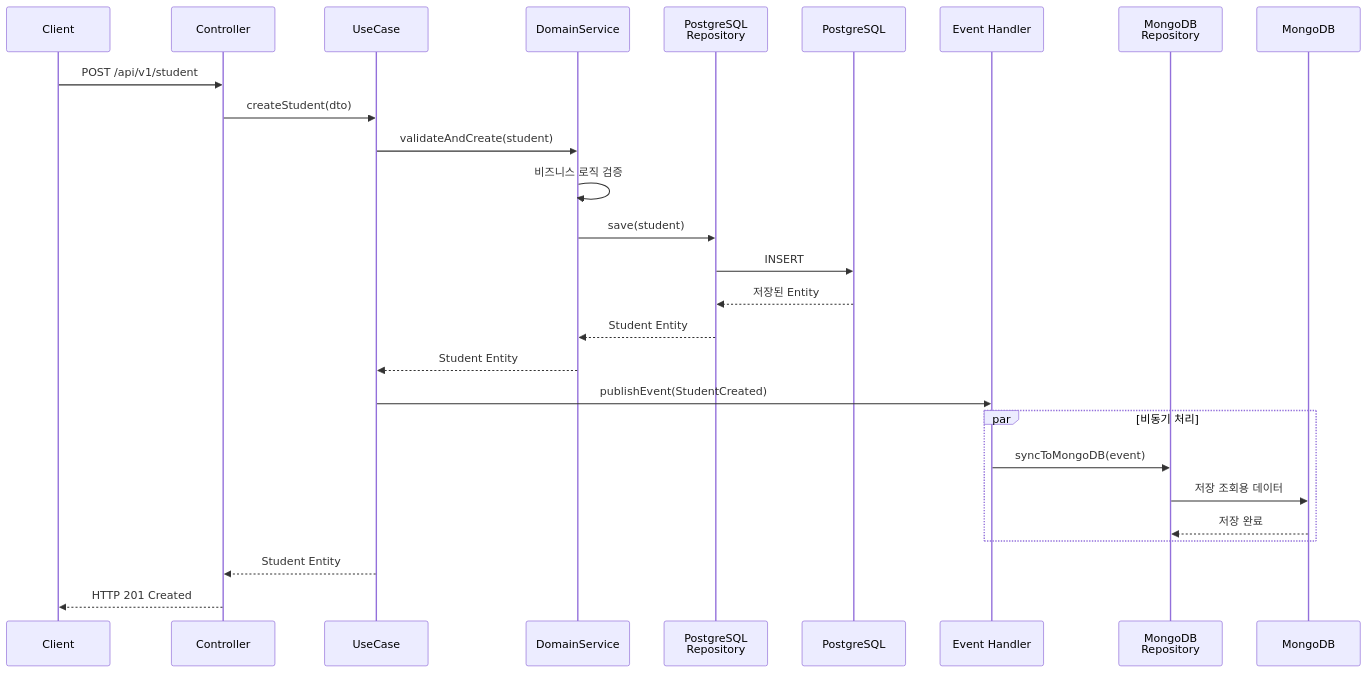
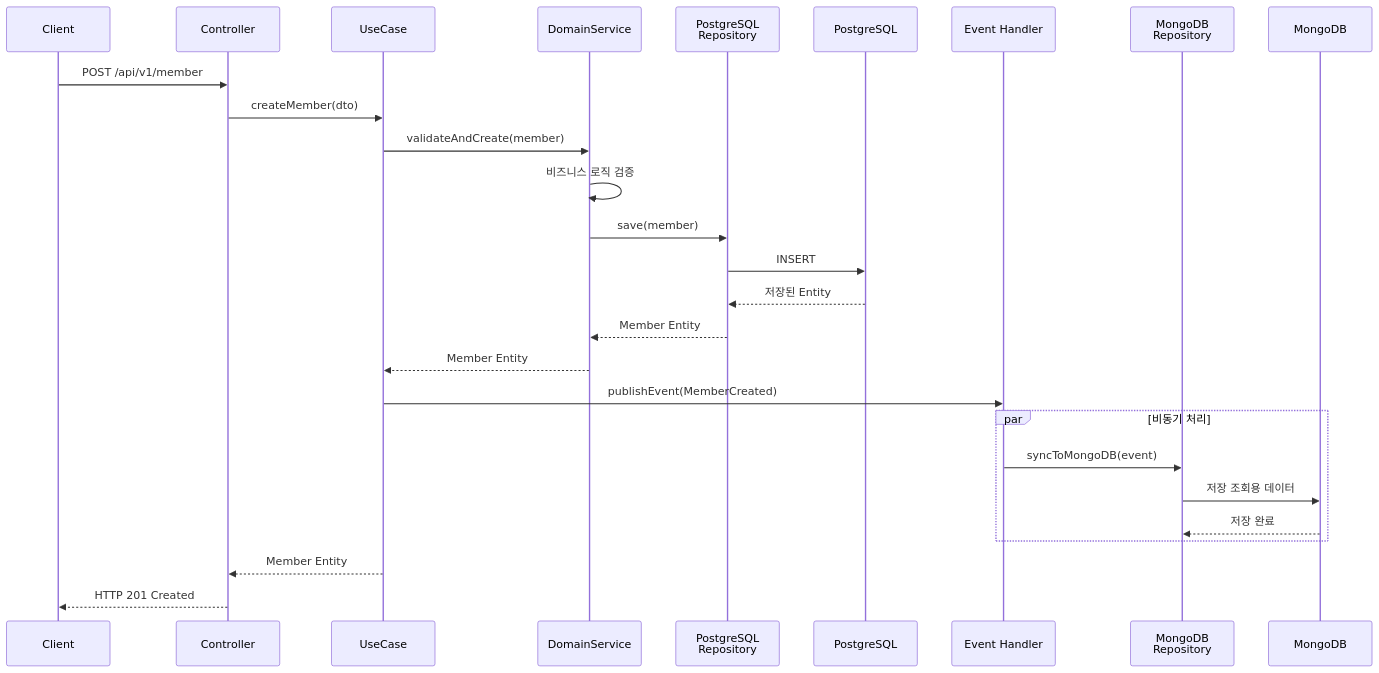
The third of 9 diagrams in docs/01_ams_system_architecture.md (JiYoonKimjimmy/demo-ams), drawn with Mermaid before and after one commit. The commit also changed other lines of this file and 1 other file, not shown here.

````diff
--- a/docs/01_ams_system_architecture.md
+++ b/docs/01_ams_system_architecture.md
@@ -325,34 +325,34 @@
 ```mermaid
 sequenceDiagram
     participant Client
     participant Controller
     participant UseCase
     participant DomainService
     participant PGRepo as PostgreSQL<br/>Repository
     participant PostgreSQL
     participant EventHandler as Event Handler
     participant MongoRepo as MongoDB<br/>Repository
     participant MongoDB
 
-    Client->>Controller: POST /api/v1/student
-    Controller->>UseCase: createStudent(dto)
-    UseCase->>DomainService: validateAndCreate(student)
+    Client->>Controller: POST /api/v1/member
+    Controller->>UseCase: createMember(dto)
+    UseCase->>DomainService: validateAndCreate(member)
     DomainService->>DomainService: 비즈니스 로직 검증
     
-    DomainService->>PGRepo: save(student)
+    DomainService->>PGRepo: save(member)
     PGRepo->>PostgreSQL: INSERT
     PostgreSQL-->>PGRepo: 저장된 Entity
-    PGRepo-->>DomainService: Student Entity
+    PGRepo-->>DomainService: Member Entity
     
-    DomainService-->>UseCase: Student Entity
-    UseCase->>EventHandler: publishEvent(StudentCreated)
+    DomainService-->>UseCase: Member Entity
+    UseCase->>EventHandler: publishEvent(MemberCreated)
     
     par 비동기 처리
         EventHandler->>MongoRepo: syncToMongoDB(event)
         MongoRepo->>MongoDB: 저장 조회용 데이터
         MongoDB-->>MongoRepo: 저장 완료
     end
     
-    UseCase-->>Controller: Student Entity
+    UseCase-->>Controller: Member Entity
     Controller-->>Client: HTTP 201 Created
 ```
````
